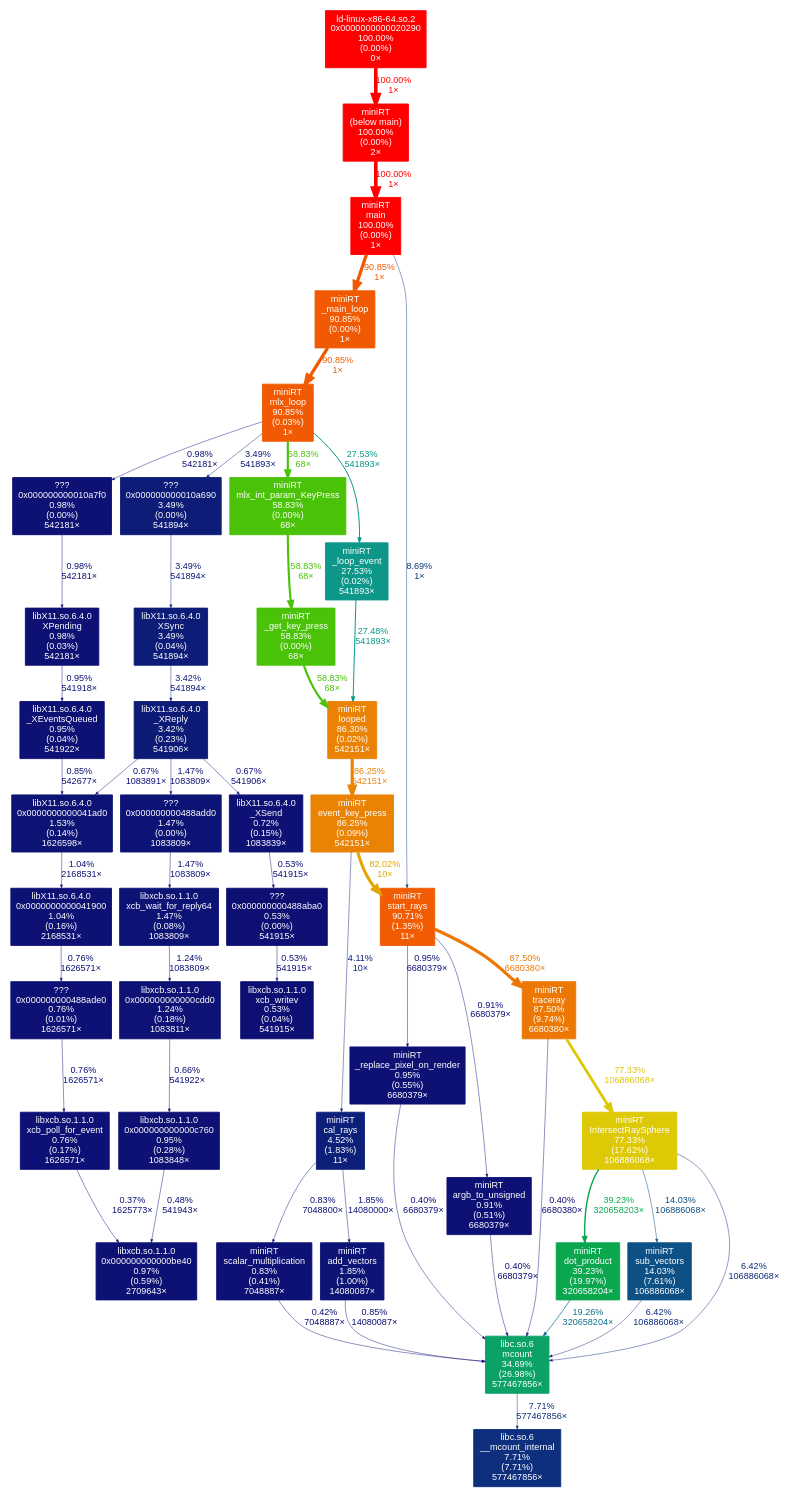
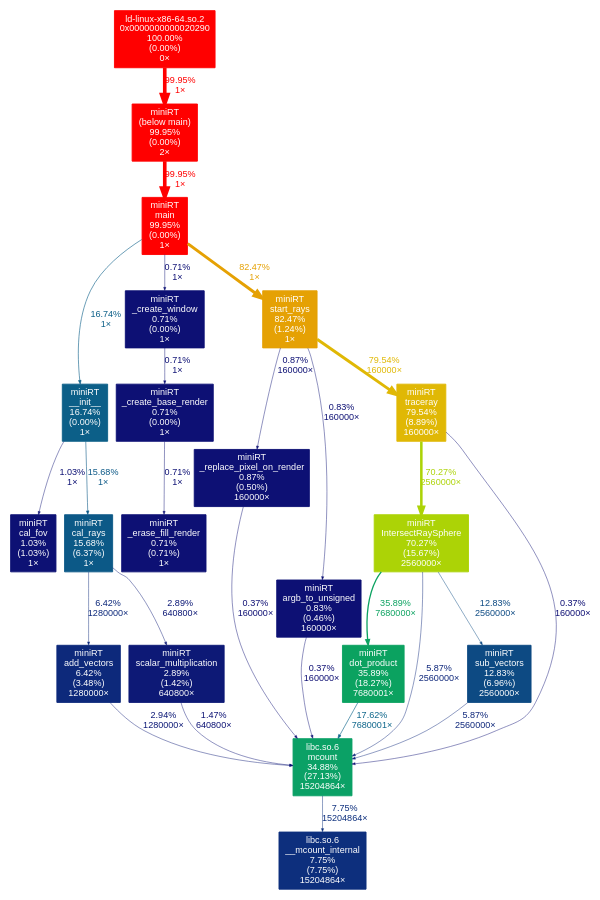
The diagram in out.dot (Miniflint/miniRT), drawn with Graphviz before and after one commit. The commit also changed 14 other files, not shown here.

```diff
--- a/out.dot
+++ b/out.dot
@@ -3,94 +3,50 @@
 	graph [fontname=Arial, nodesep=0.125, ranksep=0.25];
 	node [fontcolor=white, fontname=Arial, height=0, shape=box, style=filled, width=0];
 	edge [fontname=Arial];
-	"(below main)" [color="#ff0000", fontcolor="#ffffff", fontsize="10.00", label="miniRT\n(below main)\n100.00%\n(0.00%)\n2×"];
-	"(below main)" -> main [arrowsize="1.00", color="#ff0000", fontcolor="#ff0000", fontsize="10.00", label="100.00%\n1×", labeldistance="4.00", penwidth="4.00"];
-	"0x000000000000be40" [color="#0d1174", fontcolor="#ffffff", fontsize="10.00", label="libxcb.so.1.1.0\n0x000000000000be40\n0.97%\n(0.59%)\n2709643×"];
-	"0x000000000000c760" [color="#0d1174", fontcolor="#ffffff", fontsize="10.00", label="libxcb.so.1.1.0\n0x000000000000c760\n0.95%\n(0.28%)\n1083848×"];
-	"0x000000000000c760" -> "0x000000000000be40" [arrowsize="0.35", color="#0d0f73", fontcolor="#0d0f73", fontsize="10.00", label="0.48%\n541943×", labeldistance="0.50", penwidth="0.50"];
-	"0x000000000000cdd0" [color="#0d1274", fontcolor="#ffffff", fontsize="10.00", label="libxcb.so.1.1.0\n0x000000000000cdd0\n1.24%\n(0.18%)\n1083811×"];
-	"0x000000000000cdd0" -> "0x000000000000c760" [arrowsize="0.35", color="#0d0f74", fontcolor="#0d0f74", fontsize="10.00", label="0.66%\n541922×", labeldistance="0.50", penwidth="0.50"];
+	"(below main)" [color="#ff0000", fontcolor="#ffffff", fontsize="10.00", label="miniRT\n(below main)\n99.95%\n(0.00%)\n2×"];
+	"(below main)" -> main [arrowsize="1.00", color="#ff0000", fontcolor="#ff0000", fontsize="10.00", label="99.95%\n1×", labeldistance="4.00", penwidth="4.00"];
 	"0x0000000000020290" [color="#ff0000", fontcolor="#ffffff", fontsize="10.00", label="ld-linux-x86-64.so.2\n0x0000000000020290\n100.00%\n(0.00%)\n0×"];
-	"0x0000000000020290" -> "(below main)" [arrowsize="1.00", color="#ff0000", fontcolor="#ff0000", fontsize="10.00", label="100.00%\n1×", labeldistance="4.00", penwidth="4.00"];
-	"0x0000000000041900" [color="#0d1174", fontcolor="#ffffff", fontsize="10.00", label="libX11.so.6.4.0\n0x0000000000041900\n1.04%\n(0.16%)\n2168531×"];
-	"0x0000000000041900" -> "0x000000000488ade0" [arrowsize="0.35", color="#0d1074", fontcolor="#0d1074", fontsize="10.00", label="0.76%\n1626571×", labeldistance="0.50", penwidth="0.50"];
-	"0x0000000000041ad0" [color="#0d1375", fontcolor="#ffffff", fontsize="10.00", label="libX11.so.6.4.0\n0x0000000000041ad0\n1.53%\n(0.14%)\n1626598×"];
-	"0x0000000000041ad0" -> "0x0000000000041900" [arrowsize="0.35", color="#0d1174", fontcolor="#0d1174", fontsize="10.00", label="1.04%\n2168531×", labeldistance="0.50", penwidth="0.50"];
-	"0x000000000010a690" [color="#0d1c77", fontcolor="#ffffff", fontsize="10.00", label="???\n0x000000000010a690\n3.49%\n(0.00%)\n541894×"];
-	"0x000000000010a690" -> XSync [arrowsize="0.35", color="#0d1c77", fontcolor="#0d1c77", fontsize="10.00", label="3.49%\n541894×", labeldistance="0.50", penwidth="0.50"];
-	"0x000000000010a7f0" [color="#0d1174", fontcolor="#ffffff", fontsize="10.00", label="???\n0x000000000010a7f0\n0.98%\n(0.00%)\n542181×"];
-	"0x000000000010a7f0" -> XPending [arrowsize="0.35", color="#0d1174", fontcolor="#0d1174", fontsize="10.00", label="0.98%\n542181×", labeldistance="0.50", penwidth="0.50"];
-	"0x000000000488aba0" [color="#0d0f73", fontcolor="#ffffff", fontsize="10.00", label="???\n0x000000000488aba0\n0.53%\n(0.00%)\n541915×"];
-	"0x000000000488aba0" -> "xcb_writev" [arrowsize="0.35", color="#0d0f73", fontcolor="#0d0f73", fontsize="10.00", label="0.53%\n541915×", labeldistance="0.50", penwidth="0.50"];
-	"0x000000000488add0" [color="#0d1375", fontcolor="#ffffff", fontsize="10.00", label="???\n0x000000000488add0\n1.47%\n(0.00%)\n1083809×"];
-	"0x000000000488add0" -> "xcb_wait_for_reply64" [arrowsize="0.35", color="#0d1375", fontcolor="#0d1375", fontsize="10.00", label="1.47%\n1083809×", labeldistance="0.50", penwidth="0.50"];
-	"0x000000000488ade0" [color="#0d1074", fontcolor="#ffffff", fontsize="10.00", label="???\n0x000000000488ade0\n0.76%\n(0.01%)\n1626571×"];
-	"0x000000000488ade0" -> "xcb_poll_for_event" [arrowsize="0.35", color="#0d1074", fontcolor="#0d1074", fontsize="10.00", label="0.76%\n1626571×", labeldistance="0.50", penwidth="0.50"];
-	IntersectRaySphere [color="#ddc905", fontcolor="#ffffff", fontsize="10.00", label="miniRT\nIntersectRaySphere\n77.33%\n(17.62%)\n106886068×"];
-	IntersectRaySphere -> "dot_product" [arrowsize="0.63", color="#0ba74e", fontcolor="#0ba74e", fontsize="10.00", label="39.23%\n320658203×", labeldistance="1.57", penwidth="1.57"];
-	IntersectRaySphere -> mcount [arrowsize="0.35", color="#0d297b", fontcolor="#0d297b", fontsize="10.00", label="6.42%\n106886068×", labeldistance="0.50", penwidth="0.50"];
-	IntersectRaySphere -> "sub_vectors" [arrowsize="0.37", color="#0c5085", fontcolor="#0c5085", fontsize="10.00", label="14.03%\n106886068×", labeldistance="0.56", penwidth="0.56"];
-	XPending [color="#0d1174", fontcolor="#ffffff", fontsize="10.00", label="libX11.so.6.4.0\nXPending\n0.98%\n(0.03%)\n542181×"];
-	XPending -> "_XEventsQueued" [arrowsize="0.35", color="#0d1174", fontcolor="#0d1174", fontsize="10.00", label="0.95%\n541918×", labeldistance="0.50", penwidth="0.50"];
-	XSync [color="#0d1c77", fontcolor="#ffffff", fontsize="10.00", label="libX11.so.6.4.0\nXSync\n3.49%\n(0.04%)\n541894×"];
-	XSync -> "_XReply" [arrowsize="0.35", color="#0d1b77", fontcolor="#0d1b77", fontsize="10.00", label="3.42%\n541894×", labeldistance="0.50", penwidth="0.50"];
-	"_XEventsQueued" [color="#0d1174", fontcolor="#ffffff", fontsize="10.00", label="libX11.so.6.4.0\n_XEventsQueued\n0.95%\n(0.04%)\n541922×"];
-	"_XEventsQueued" -> "0x0000000000041ad0" [arrowsize="0.35", color="#0d1074", fontcolor="#0d1074", fontsize="10.00", label="0.85%\n542677×", labeldistance="0.50", penwidth="0.50"];
-	"_XReply" [color="#0d1b77", fontcolor="#ffffff", fontsize="10.00", label="libX11.so.6.4.0\n_XReply\n3.42%\n(0.23%)\n541906×"];
-	"_XReply" -> "0x0000000000041ad0" [arrowsize="0.35", color="#0d1074", fontcolor="#0d1074", fontsize="10.00", label="0.67%\n1083891×", labeldistance="0.50", penwidth="0.50"];
-	"_XReply" -> "0x000000000488add0" [arrowsize="0.35", color="#0d1375", fontcolor="#0d1375", fontsize="10.00", label="1.47%\n1083809×", labeldistance="0.50", penwidth="0.50"];
-	"_XReply" -> "_XSend" [arrowsize="0.35", color="#0d1074", fontcolor="#0d1074", fontsize="10.00", label="0.67%\n541906×", labeldistance="0.50", penwidth="0.50"];
-	"_XSend" [color="#0d1074", fontcolor="#ffffff", fontsize="10.00", label="libX11.so.6.4.0\n_XSend\n0.72%\n(0.15%)\n1083839×"];
-	"_XSend" -> "0x000000000488aba0" [arrowsize="0.35", color="#0d0f73", fontcolor="#0d0f73", fontsize="10.00", label="0.53%\n541915×", labeldistance="0.50", penwidth="0.50"];
-	"__mcount_internal" [color="#0d2f7d", fontcolor="#ffffff", fontsize="10.00", label="libc.so.6\n__mcount_internal\n7.71%\n(7.71%)\n577467856×"];
-	"_get_key_press" [color="#4ac208", fontcolor="#ffffff", fontsize="10.00", label="miniRT\n_get_key_press\n58.83%\n(0.00%)\n68×"];
-	"_get_key_press" -> looped [arrowsize="0.77", color="#4ac208", fontcolor="#4ac208", fontsize="10.00", label="58.83%\n68×", labeldistance="2.35", penwidth="2.35"];
-	"_loop_event" [color="#0c9789", fontcolor="#ffffff", fontsize="10.00", label="miniRT\n_loop_event\n27.53%\n(0.02%)\n541893×"];
-	"_loop_event" -> looped [arrowsize="0.52", color="#0c9789", fontcolor="#0c9789", fontsize="10.00", label="27.48%\n541893×", labeldistance="1.10", penwidth="1.10"];
-	"_main_loop" [color="#f15a02", fontcolor="#ffffff", fontsize="10.00", label="miniRT\n_main_loop\n90.85%\n(0.00%)\n1×"];
-	"_main_loop" -> "mlx_loop" [arrowsize="0.95", color="#f15a02", fontcolor="#f15a02", fontsize="10.00", label="90.85%\n1×", labeldistance="3.63", penwidth="3.63"];
-	"_replace_pixel_on_render" [color="#0d1174", fontcolor="#ffffff", fontsize="10.00", label="miniRT\n_replace_pixel_on_render\n0.95%\n(0.55%)\n6680379×"];
-	"_replace_pixel_on_render" -> mcount [arrowsize="0.35", color="#0d0e73", fontcolor="#0d0e73", fontsize="10.00", label="0.40%\n6680379×", labeldistance="0.50", penwidth="0.50"];
-	"add_vectors" [color="#0d1475", fontcolor="#ffffff", fontsize="10.00", label="miniRT\nadd_vectors\n1.85%\n(1.00%)\n14080087×"];
-	"add_vectors" -> mcount [arrowsize="0.35", color="#0d1074", fontcolor="#0d1074", fontsize="10.00", label="0.85%\n14080087×", labeldistance="0.50", penwidth="0.50"];
-	"argb_to_unsigned" [color="#0d1074", fontcolor="#ffffff", fontsize="10.00", label="miniRT\nargb_to_unsigned\n0.91%\n(0.51%)\n6680379×"];
-	"argb_to_unsigned" -> mcount [arrowsize="0.35", color="#0d0e73", fontcolor="#0d0e73", fontsize="10.00", label="0.40%\n6680379×", labeldistance="0.50", penwidth="0.50"];
-	"cal_rays" [color="#0d2079", fontcolor="#ffffff", fontsize="10.00", label="miniRT\ncal_rays\n4.52%\n(1.83%)\n11×"];
-	"cal_rays" -> "add_vectors" [arrowsize="0.35", color="#0d1475", fontcolor="#0d1475", fontsize="10.00", label="1.85%\n14080000×", labeldistance="0.50", penwidth="0.50"];
-	"cal_rays" -> "scalar_multiplication" [arrowsize="0.35", color="#0d1074", fontcolor="#0d1074", fontsize="10.00", label="0.83%\n7048800×", labeldistance="0.50", penwidth="0.50"];
-	"dot_product" [color="#0ba74e", fontcolor="#ffffff", fontsize="10.00", label="miniRT\ndot_product\n39.23%\n(19.97%)\n320658204×"];
-	"dot_product" -> mcount [arrowsize="0.44", color="#0c6f8c", fontcolor="#0c6f8c", fontsize="10.00", label="19.26%\n320658204×", labeldistance="0.77", penwidth="0.77"];
-	"event_key_press" [color="#ea8203", fontcolor="#ffffff", fontsize="10.00", label="miniRT\nevent_key_press\n86.25%\n(0.09%)\n542151×"];
-	"event_key_press" -> "cal_rays" [arrowsize="0.35", color="#0d1e78", fontcolor="#0d1e78", fontsize="10.00", label="4.11%\n10×", labeldistance="0.50", penwidth="0.50"];
-	"event_key_press" -> "start_rays" [arrowsize="0.91", color="#e4a504", fontcolor="#e4a504", fontsize="10.00", label="82.02%\n10×", labeldistance="3.28", penwidth="3.28"];
-	looped [color="#ea8203", fontcolor="#ffffff", fontsize="10.00", label="miniRT\nlooped\n86.30%\n(0.02%)\n542151×"];
-	looped -> "event_key_press" [arrowsize="0.93", color="#ea8203", fontcolor="#ea8203", fontsize="10.00", label="86.25%\n542151×", labeldistance="3.45", penwidth="3.45"];
-	main [color="#ff0000", fontcolor="#ffffff", fontsize="10.00", label="miniRT\nmain\n100.00%\n(0.00%)\n1×"];
-	main -> "_main_loop" [arrowsize="0.95", color="#f15a02", fontcolor="#f15a02", fontsize="10.00", label="90.85%\n1×", labeldistance="3.63", penwidth="3.63"];
-	main -> "start_rays" [arrowsize="0.35", color="#0d347e", fontcolor="#0d347e", fontsize="10.00", label="8.69%\n1×", labeldistance="0.50", penwidth="0.50"];
-	mcount [color="#0ba167", fontcolor="#ffffff", fontsize="10.00", label="libc.so.6\nmcount\n34.69%\n(26.98%)\n577467856×"];
-	mcount -> "__mcount_internal" [arrowsize="0.35", color="#0d2f7d", fontcolor="#0d2f7d", fontsize="10.00", label="7.71%\n577467856×", labeldistance="0.50", penwidth="0.50"];
-	"mlx_int_param_KeyPress" [color="#4ac208", fontcolor="#ffffff", fontsize="10.00", label="miniRT\nmlx_int_param_KeyPress\n58.83%\n(0.00%)\n68×"];
-	"mlx_int_param_KeyPress" -> "_get_key_press" [arrowsize="0.77", color="#4ac208", fontcolor="#4ac208", fontsize="10.00", label="58.83%\n68×", labeldistance="2.35", penwidth="2.35"];
-	"mlx_loop" [color="#f15a02", fontcolor="#ffffff", fontsize="10.00", label="miniRT\nmlx_loop\n90.85%\n(0.03%)\n1×"];
-	"mlx_loop" -> "0x000000000010a690" [arrowsize="0.35", color="#0d1c77", fontcolor="#0d1c77", fontsize="10.00", label="3.49%\n541893×", labeldistance="0.50", penwidth="0.50"];
-	"mlx_loop" -> "0x000000000010a7f0" [arrowsize="0.35", color="#0d1174", fontcolor="#0d1174", fontsize="10.00", label="0.98%\n542181×", labeldistance="0.50", penwidth="0.50"];
-	"mlx_loop" -> "_loop_event" [arrowsize="0.52", color="#0c9789", fontcolor="#0c9789", fontsize="10.00", label="27.53%\n541893×", labeldistance="1.10", penwidth="1.10"];
-	"mlx_loop" -> "mlx_int_param_KeyPress" [arrowsize="0.77", color="#4ac208", fontcolor="#4ac208", fontsize="10.00", label="58.83%\n68×", labeldistance="2.35", penwidth="2.35"];
-	"scalar_multiplication" [color="#0d1074", fontcolor="#ffffff", fontsize="10.00", label="miniRT\nscalar_multiplication\n0.83%\n(0.41%)\n7048887×"];
-	"scalar_multiplication" -> mcount [arrowsize="0.35", color="#0d0e73", fontcolor="#0d0e73", fontsize="10.00", label="0.42%\n7048887×", labeldistance="0.50", penwidth="0.50"];
-	"start_rays" [color="#f15b02", fontcolor="#ffffff", fontsize="10.00", label="miniRT\nstart_rays\n90.71%\n(1.35%)\n11×"];
-	"start_rays" -> "_replace_pixel_on_render" [arrowsize="0.35", color="#0d1174", fontcolor="#0d1174", fontsize="10.00", label="0.95%\n6680379×", labeldistance="0.50", penwidth="0.50"];
-	"start_rays" -> "argb_to_unsigned" [arrowsize="0.35", color="#0d1074", fontcolor="#0d1074", fontsize="10.00", label="0.91%\n6680379×", labeldistance="0.50", penwidth="0.50"];
-	"start_rays" -> traceray [arrowsize="0.94", color="#ec7803", fontcolor="#ec7803", fontsize="10.00", label="87.50%\n6680380×", labeldistance="3.50", penwidth="3.50"];
-	"sub_vectors" [color="#0c5085", fontcolor="#ffffff", fontsize="10.00", label="miniRT\nsub_vectors\n14.03%\n(7.61%)\n106886068×"];
-	"sub_vectors" -> mcount [arrowsize="0.35", color="#0d297b", fontcolor="#0d297b", fontsize="10.00", label="6.42%\n106886068×", labeldistance="0.50", penwidth="0.50"];
-	traceray [color="#ec7803", fontcolor="#ffffff", fontsize="10.00", label="miniRT\ntraceray\n87.50%\n(9.74%)\n6680380×"];
-	traceray -> IntersectRaySphere [arrowsize="0.88", color="#ddc905", fontcolor="#ddc905", fontsize="10.00", label="77.33%\n106886068×", labeldistance="3.09", penwidth="3.09"];
-	traceray -> mcount [arrowsize="0.35", color="#0d0e73", fontcolor="#0d0e73", fontsize="10.00", label="0.40%\n6680380×", labeldistance="0.50", penwidth="0.50"];
-	"xcb_poll_for_event" [color="#0d1074", fontcolor="#ffffff", fontsize="10.00", label="libxcb.so.1.1.0\nxcb_poll_for_event\n0.76%\n(0.17%)\n1626571×"];
-	"xcb_poll_for_event" -> "0x000000000000be40" [arrowsize="0.35", color="#0d0e73", fontcolor="#0d0e73", fontsize="10.00", label="0.37%\n1625773×", labeldistance="0.50", penwidth="0.50"];
-	"xcb_wait_for_reply64" [color="#0d1375", fontcolor="#ffffff", fontsize="10.00", label="libxcb.so.1.1.0\nxcb_wait_for_reply64\n1.47%\n(0.08%)\n1083809×"];
-	"xcb_wait_for_reply64" -> "0x000000000000cdd0" [arrowsize="0.35", color="#0d1274", fontcolor="#0d1274", fontsize="10.00", label="1.24%\n1083809×", labeldistance="0.50", penwidth="0.50"];
-	"xcb_writev" [color="#0d0f73", fontcolor="#ffffff", fontsize="10.00", label="libxcb.so.1.1.0\nxcb_writev\n0.53%\n(0.04%)\n541915×"];
+	"0x0000000000020290" -> "(below main)" [arrowsize="1.00", color="#ff0000", fontcolor="#ff0000", fontsize="10.00", label="99.95%\n1×", labeldistance="4.00", penwidth="4.00"];
+	IntersectRaySphere [color="#acd306", fontcolor="#ffffff", fontsize="10.00", label="miniRT\nIntersectRaySphere\n70.27%\n(15.67%)\n2560000×"];
+	IntersectRaySphere -> "dot_product" [arrowsize="0.60", color="#0ba260", fontcolor="#0ba260", fontsize="10.00", label="35.89%\n7680000×", labeldistance="1.44", penwidth="1.44"];
+	IntersectRaySphere -> mcount [arrowsize="0.35", color="#0d267a", fontcolor="#0d267a", fontsize="10.00", label="5.87%\n2560000×", labeldistance="0.50", penwidth="0.50"];
+	IntersectRaySphere -> "sub_vectors" [arrowsize="0.36", color="#0d4a83", fontcolor="#0d4a83", fontsize="10.00", label="12.83%\n2560000×", labeldistance="0.51", penwidth="0.51"];
+	"__init__" [color="#0c5f88", fontcolor="#ffffff", fontsize="10.00", label="miniRT\n__init__\n16.74%\n(0.00%)\n1×"];
+	"__init__" -> "cal_fov" [arrowsize="0.35", color="#0d1174", fontcolor="#0d1174", fontsize="10.00", label="1.03%\n1×", labeldistance="0.50", penwidth="0.50"];
+	"__init__" -> "cal_rays" [arrowsize="0.40", color="#0c5987", fontcolor="#0c5987", fontsize="10.00", label="15.68%\n1×", labeldistance="0.63", penwidth="0.63"];
+	"__mcount_internal" [color="#0d2f7d", fontcolor="#ffffff", fontsize="10.00", label="libc.so.6\n__mcount_internal\n7.75%\n(7.75%)\n15204864×"];
+	"_create_base_render" [color="#0d1074", fontcolor="#ffffff", fontsize="10.00", label="miniRT\n_create_base_render\n0.71%\n(0.00%)\n1×"];
+	"_create_base_render" -> "_erase_fill_render" [arrowsize="0.35", color="#0d1074", fontcolor="#0d1074", fontsize="10.00", label="0.71%\n1×", labeldistance="0.50", penwidth="0.50"];
+	"_create_window" [color="#0d1074", fontcolor="#ffffff", fontsize="10.00", label="miniRT\n_create_window\n0.71%\n(0.00%)\n1×"];
+	"_create_window" -> "_create_base_render" [arrowsize="0.35", color="#0d1074", fontcolor="#0d1074", fontsize="10.00", label="0.71%\n1×", labeldistance="0.50", penwidth="0.50"];
+	"_erase_fill_render" [color="#0d1074", fontcolor="#ffffff", fontsize="10.00", label="miniRT\n_erase_fill_render\n0.71%\n(0.71%)\n1×"];
+	"_replace_pixel_on_render" [color="#0d1074", fontcolor="#ffffff", fontsize="10.00", label="miniRT\n_replace_pixel_on_render\n0.87%\n(0.50%)\n160000×"];
+	"_replace_pixel_on_render" -> mcount [arrowsize="0.35", color="#0d0e73", fontcolor="#0d0e73", fontsize="10.00", label="0.37%\n160000×", labeldistance="0.50", penwidth="0.50"];
+	"add_vectors" [color="#0d297b", fontcolor="#ffffff", fontsize="10.00", label="miniRT\nadd_vectors\n6.42%\n(3.48%)\n1280000×"];
+	"add_vectors" -> mcount [arrowsize="0.35", color="#0d1977", fontcolor="#0d1977", fontsize="10.00", label="2.94%\n1280000×", labeldistance="0.50", penwidth="0.50"];
+	"argb_to_unsigned" [color="#0d1074", fontcolor="#ffffff", fontsize="10.00", label="miniRT\nargb_to_unsigned\n0.83%\n(0.46%)\n160000×"];
+	"argb_to_unsigned" -> mcount [arrowsize="0.35", color="#0d0e73", fontcolor="#0d0e73", fontsize="10.00", label="0.37%\n160000×", labeldistance="0.50", penwidth="0.50"];
+	"cal_fov" [color="#0d1174", fontcolor="#ffffff", fontsize="10.00", label="miniRT\ncal_fov\n1.03%\n(1.03%)\n1×"];
+	"cal_rays" [color="#0c5987", fontcolor="#ffffff", fontsize="10.00", label="miniRT\ncal_rays\n15.68%\n(6.37%)\n1×"];
+	"cal_rays" -> "add_vectors" [arrowsize="0.35", color="#0d297b", fontcolor="#0d297b", fontsize="10.00", label="6.42%\n1280000×", labeldistance="0.50", penwidth="0.50"];
+	"cal_rays" -> "scalar_multiplication" [arrowsize="0.35", color="#0d1976", fontcolor="#0d1976", fontsize="10.00", label="2.89%\n640800×", labeldistance="0.50", penwidth="0.50"];
+	"dot_product" [color="#0ba260", fontcolor="#ffffff", fontsize="10.00", label="miniRT\ndot_product\n35.89%\n(18.27%)\n7680001×"];
+	"dot_product" -> mcount [arrowsize="0.42", color="#0c658a", fontcolor="#0c658a", fontsize="10.00", label="17.62%\n7680001×", labeldistance="0.70", penwidth="0.70"];
+	main [color="#ff0000", fontcolor="#ffffff", fontsize="10.00", label="miniRT\nmain\n99.95%\n(0.00%)\n1×"];
+	main -> "__init__" [arrowsize="0.41", color="#0c5f88", fontcolor="#0c5f88", fontsize="10.00", label="16.74%\n1×", labeldistance="0.67", penwidth="0.67"];
+	main -> "_create_window" [arrowsize="0.35", color="#0d1074", fontcolor="#0d1074", fontsize="10.00", label="0.71%\n1×", labeldistance="0.50", penwidth="0.50"];
+	main -> "start_rays" [arrowsize="0.91", color="#e5a104", fontcolor="#e5a104", fontsize="10.00", label="82.47%\n1×", labeldistance="3.30", penwidth="3.30"];
+	mcount [color="#0ba166", fontcolor="#ffffff", fontsize="10.00", label="libc.so.6\nmcount\n34.88%\n(27.13%)\n15204864×"];
+	mcount -> "__mcount_internal" [arrowsize="0.35", color="#0d2f7d", fontcolor="#0d2f7d", fontsize="10.00", label="7.75%\n15204864×", labeldistance="0.50", penwidth="0.50"];
+	"scalar_multiplication" [color="#0d1976", fontcolor="#ffffff", fontsize="10.00", label="miniRT\nscalar_multiplication\n2.89%\n(1.42%)\n640800×"];
+	"scalar_multiplication" -> mcount [arrowsize="0.35", color="#0d1375", fontcolor="#0d1375", fontsize="10.00", label="1.47%\n640800×", labeldistance="0.50", penwidth="0.50"];
+	"start_rays" [color="#e5a104", fontcolor="#ffffff", fontsize="10.00", label="miniRT\nstart_rays\n82.47%\n(1.24%)\n1×"];
+	"start_rays" -> "_replace_pixel_on_render" [arrowsize="0.35", color="#0d1074", fontcolor="#0d1074", fontsize="10.00", label="0.87%\n160000×", labeldistance="0.50", penwidth="0.50"];
+	"start_rays" -> "argb_to_unsigned" [arrowsize="0.35", color="#0d1074", fontcolor="#0d1074", fontsize="10.00", label="0.83%\n160000×", labeldistance="0.50", penwidth="0.50"];
+	"start_rays" -> traceray [arrowsize="0.89", color="#e0b805", fontcolor="#e0b805", fontsize="10.00", label="79.54%\n160000×", labeldistance="3.18", penwidth="3.18"];
+	"sub_vectors" [color="#0d4a83", fontcolor="#ffffff", fontsize="10.00", label="miniRT\nsub_vectors\n12.83%\n(6.96%)\n2560000×"];
+	"sub_vectors" -> mcount [arrowsize="0.35", color="#0d267a", fontcolor="#0d267a", fontsize="10.00", label="5.87%\n2560000×", labeldistance="0.50", penwidth="0.50"];
+	traceray [color="#e0b805", fontcolor="#ffffff", fontsize="10.00", label="miniRT\ntraceray\n79.54%\n(8.89%)\n160000×"];
+	traceray -> IntersectRaySphere [arrowsize="0.84", color="#acd306", fontcolor="#acd306", fontsize="10.00", label="70.27%\n2560000×", labeldistance="2.81", penwidth="2.81"];
+	traceray -> mcount [arrowsize="0.35", color="#0d0e73", fontcolor="#0d0e73", fontsize="10.00", label="0.37%\n160000×", labeldistance="0.50", penwidth="0.50"];
 }
```
